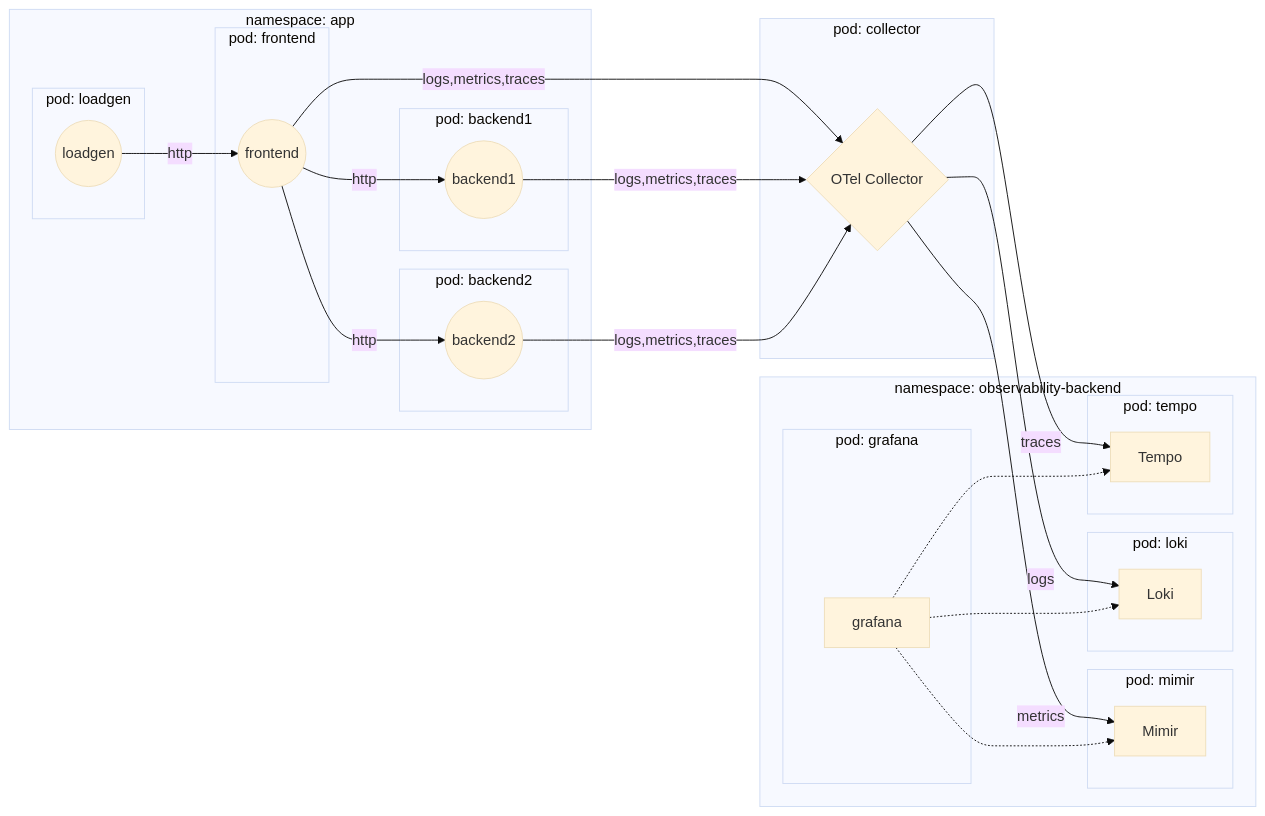
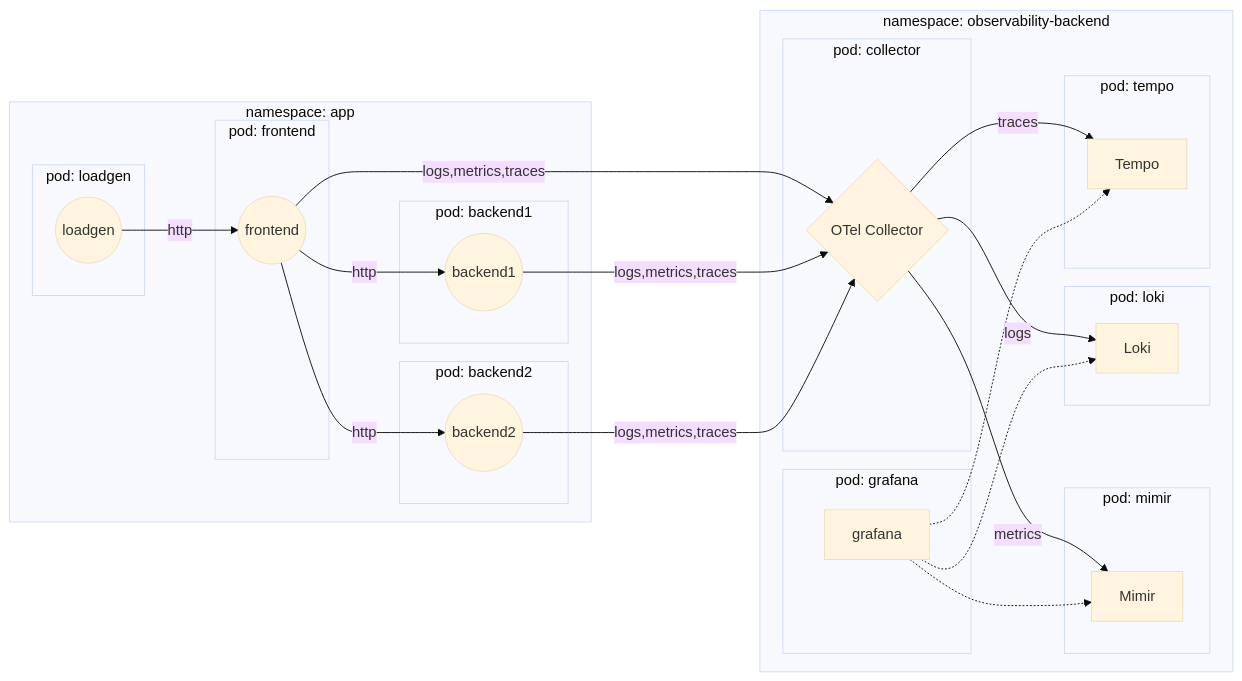
Before and after one commit to pavolloffay/kubecon-eu-2023-opentelemetry-kubernetes-tutorial: the diagram in overview.md, drawn with Mermaid (base theme).

Commit message:
move collector into obs namespace

````diff
--- a/overview.md
+++ b/overview.md
@@ -5,40 +5,37 @@
 ```mermaid
 
 flowchart LR
-    subgraph pod: collector
-        OC{OTel Collector}
-    end
-    subgraph namespace: app
-        subgraph pod: loadgen
-            LG((loadgen))
+    subgraph namespace: observability-backend
+        subgraph pod: collector
+            OC{OTel Collector}
         end
-        subgraph pod: frontend
-            LG --http--> F((frontend))
-            F --logs,metrics,traces--> OC
-        end
-        subgraph pod: backend1
-            F --http--> B1((backend1))
-            B1 --logs,metrics,traces--> OC
-        end
-        subgraph pod: backend2
-            F --http--> B2((backend2))
-            B2 --logs,metrics,traces--> OC
-        end
-    end
-    subgraph namespace: observability-backend
         subgraph pod: mimir
             OC --metrics-->Mimir
         end
         subgraph pod: loki
             OC --logs-->Loki
         end
         subgraph pod: tempo
             OC --traces-->Tempo
         end
         subgraph pod: grafana
             grafana-.->Mimir
             grafana-.->Loki
             grafana-.->Tempo
         end
     end
+    subgraph namespace: app
+        subgraph pod: loadgen
+            LG((loadgen))
+        end
+        subgraph pod: frontend
+            LG --http--> F((frontend)) --logs,metrics,traces--> OC
+        end
+        subgraph pod: backend1
+            F --http--> B1((backend1)) --logs,metrics,traces--> OC
+        end
+        subgraph pod: backend2
+            F --http--> B2((backend2)) --logs,metrics,traces--> OC
+        end
+    end
 ```
````
